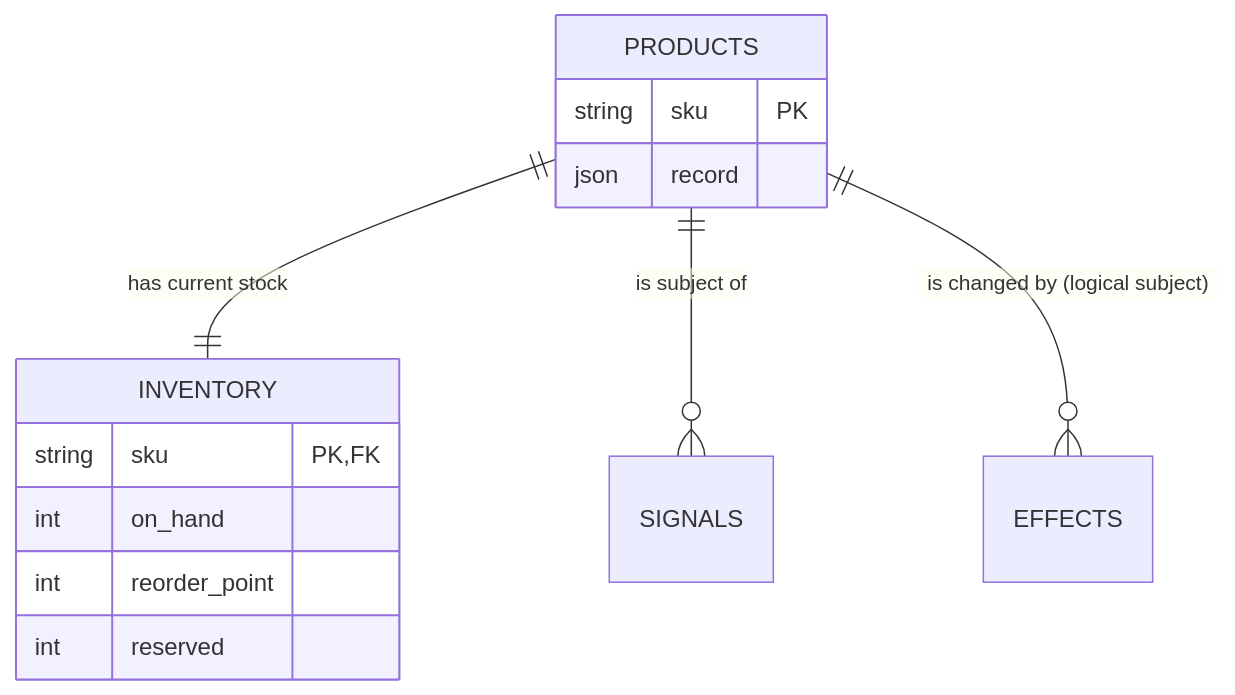
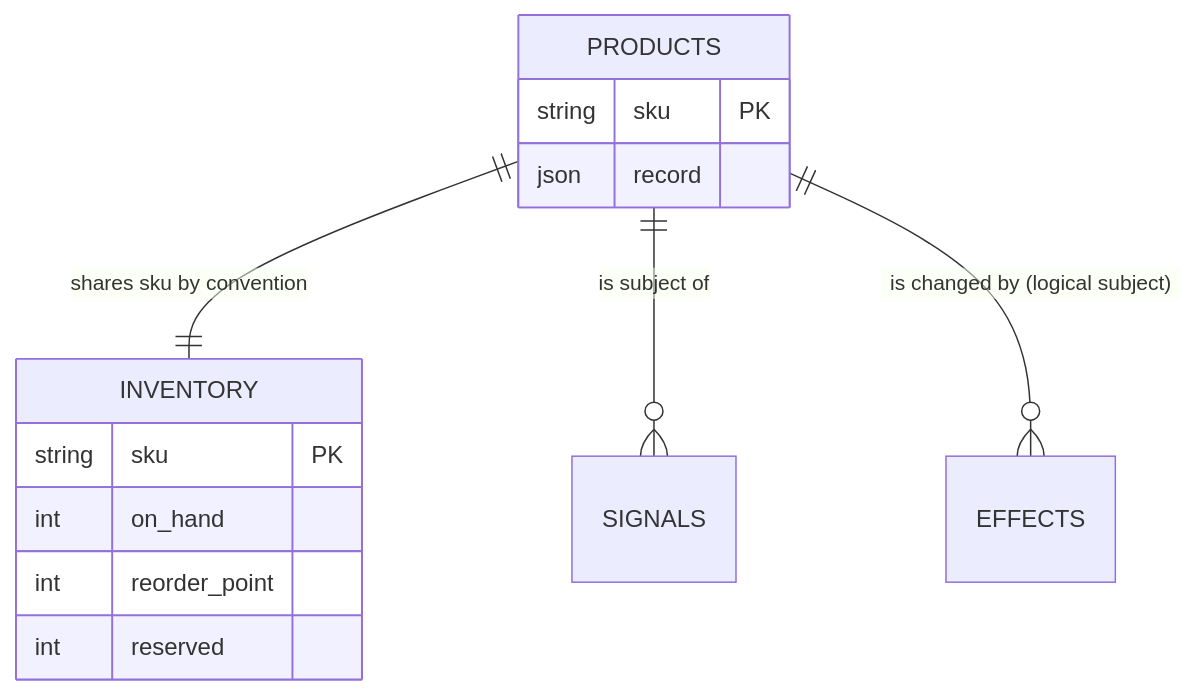
Before and after one commit to profrodai/sovereign-agent: the diagram in book/ch08_the_store_becomes_a_catalog/README.md, drawn with Mermaid. The commit also changed other lines of this file and 3 other files, not shown here.

Commit message:
Correct implementation-grounded book diagrams

````diff
--- a/book/ch08_the_store_becomes_a_catalog/README.md
+++ b/book/ch08_the_store_becomes_a_catalog/README.md
@@ -44,16 +44,16 @@
 ```mermaid
 erDiagram
-    PRODUCTS ||--|| INVENTORY : "has current stock"
+    PRODUCTS ||--|| INVENTORY : "shares sku by convention"
     PRODUCTS ||--o{ SIGNALS : "is subject of"
     PRODUCTS ||--o{ EFFECTS : "is changed by (logical subject)"
     PRODUCTS {
         string sku PK
         json record
     }
     INVENTORY {
-        string sku PK,FK
+        string sku PK
         int on_hand
         int reorder_point
         int reserved
     }
 ```
````
